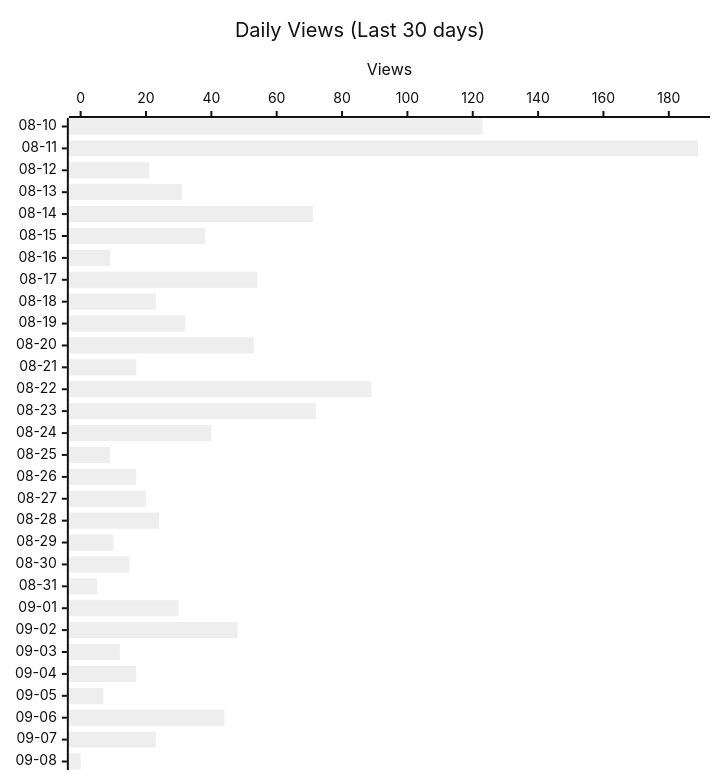
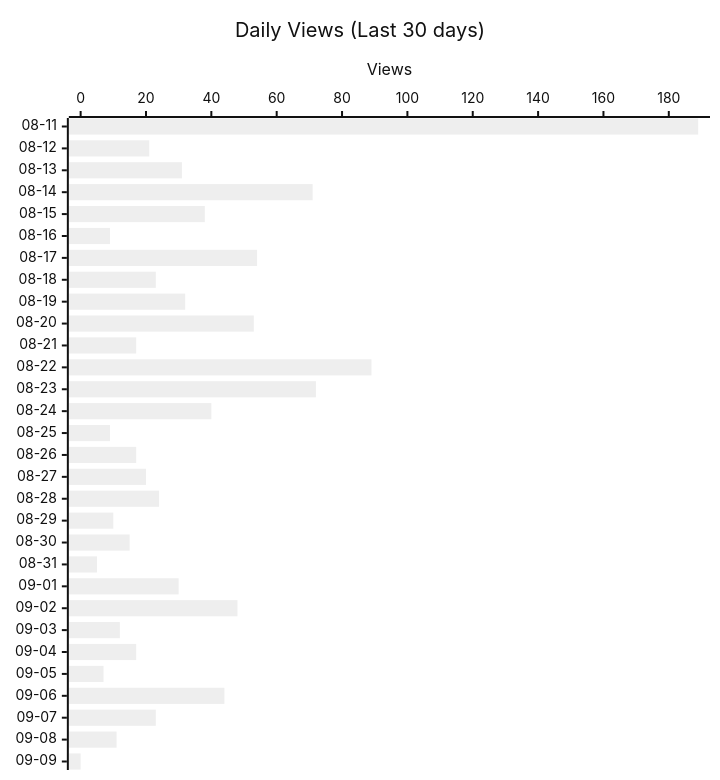
Before and after one commit to shigechika/github-insights: the second of 4 diagrams in README.md, drawn with Mermaid (neutral theme). The commit also changed other lines of this file and 2 other files, not shown here.

````diff
--- a/README.md
+++ b/README.md
@@ -28,12 +28,12 @@
 ```mermaid
 ---
 config:
   xyChart:
     height: 760
 ---
 xychart-beta horizontal
     title "Daily Views (Last 30 days)"
-    x-axis ["08-10", "08-11", "08-12", "08-13", "08-14", "08-15", "08-16", "08-17", "08-18", "08-19", "08-20", "08-21", "08-22", "08-23", "08-24", "08-25", "08-26", "08-27", "08-28", "08-29", "08-30", "08-31", "09-01", "09-02", "09-03", "09-04", "09-05", "09-06", "09-07", "09-08"]
+    x-axis ["08-11", "08-12", "08-13", "08-14", "08-15", "08-16", "08-17", "08-18", "08-19", "08-20", "08-21", "08-22", "08-23", "08-24", "08-25", "08-26", "08-27", "08-28", "08-29", "08-30", "08-31", "09-01", "09-02", "09-03", "09-04", "09-05", "09-06", "09-07", "09-08", "09-09"]
     y-axis "Views"
-    bar [123, 189, 21, 31, 71, 38, 9, 54, 23, 32, 53, 17, 89, 72, 40, 9, 17, 20, 24, 10, 15, 5, 30, 48, 12, 17, 7, 44, 23, 0]
+    bar [189, 21, 31, 71, 38, 9, 54, 23, 32, 53, 17, 89, 72, 40, 9, 17, 20, 24, 10, 15, 5, 30, 48, 12, 17, 7, 44, 23, 11, 0]
 ```
````
